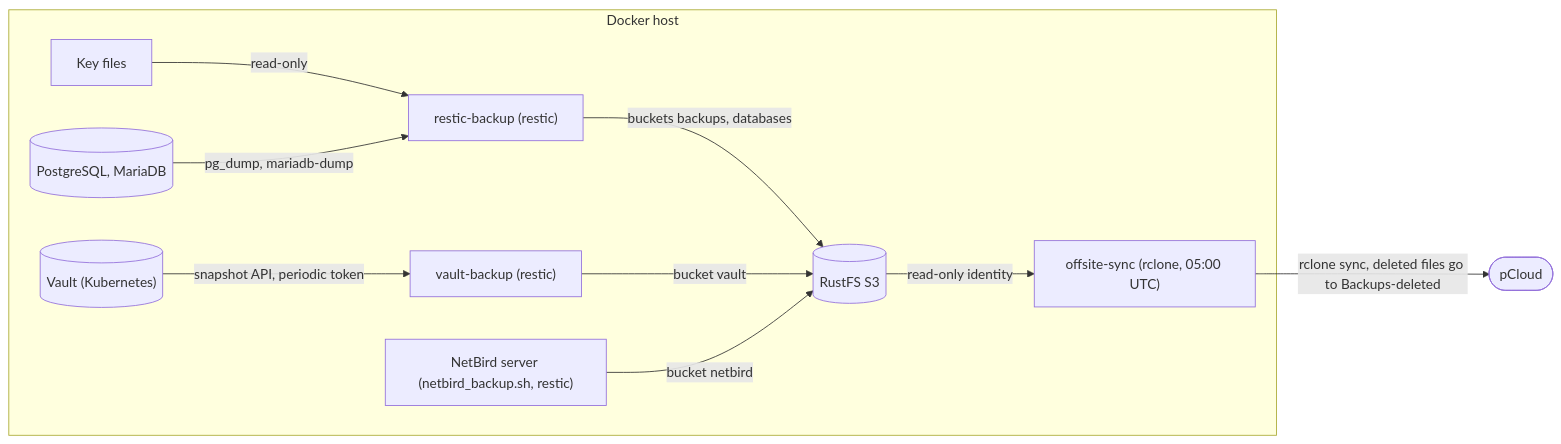
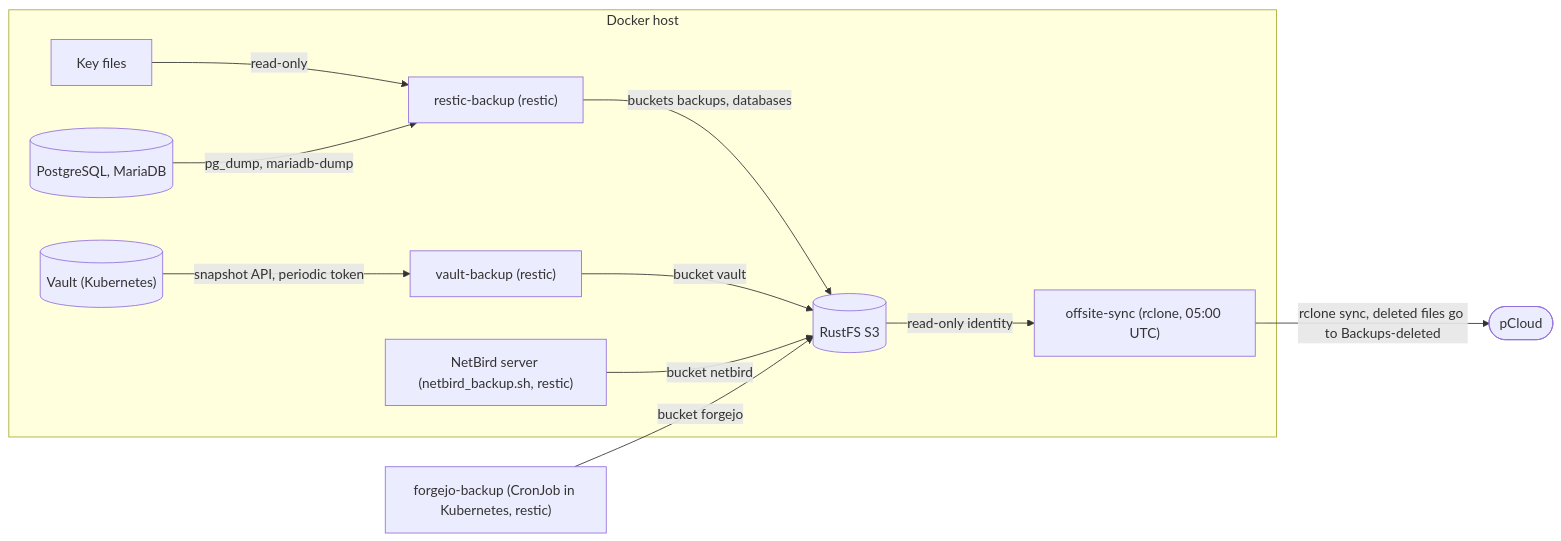
The diagram in README.md (ToXiCCuss/gitops), drawn with Mermaid before and after one commit. The commit also changed other lines of this file and 13 other files, not shown here.

First line of the commit message:
feat(cicd): back up Forgejo with a nightly restic CronJob

````diff
--- a/README.md
+++ b/README.md
@@ -425,14 +425,15 @@
 ```mermaid
 flowchart LR
   vault[("Vault (Kubernetes)")]
   subgraph host["Docker host"]
     vault -->|"snapshot API, periodic token"| vaultbackup["vault-backup (restic)"]
     keys["Key files"] -->|read-only| resticbackup["restic-backup (restic)"]
     pg[("PostgreSQL, MariaDB")] -->|"pg_dump, mariadb-dump"| resticbackup
     resticbackup -->|"buckets backups, databases"| s3[("RustFS S3")]
     vaultbackup -->|bucket vault| s3
     netbird["NetBird server (netbird_backup.sh, restic)"] -->|bucket netbird| s3
     s3 -->|read-only identity| sync["offsite-sync (rclone, 05:00 UTC)"]
   end
+  forgejobackup["forgejo-backup (CronJob in Kubernetes, restic)"] -->|bucket forgejo| s3
   sync -->|"rclone sync, deleted files go to Backups-deleted"| pcloud(["pCloud"])
 ```
````
